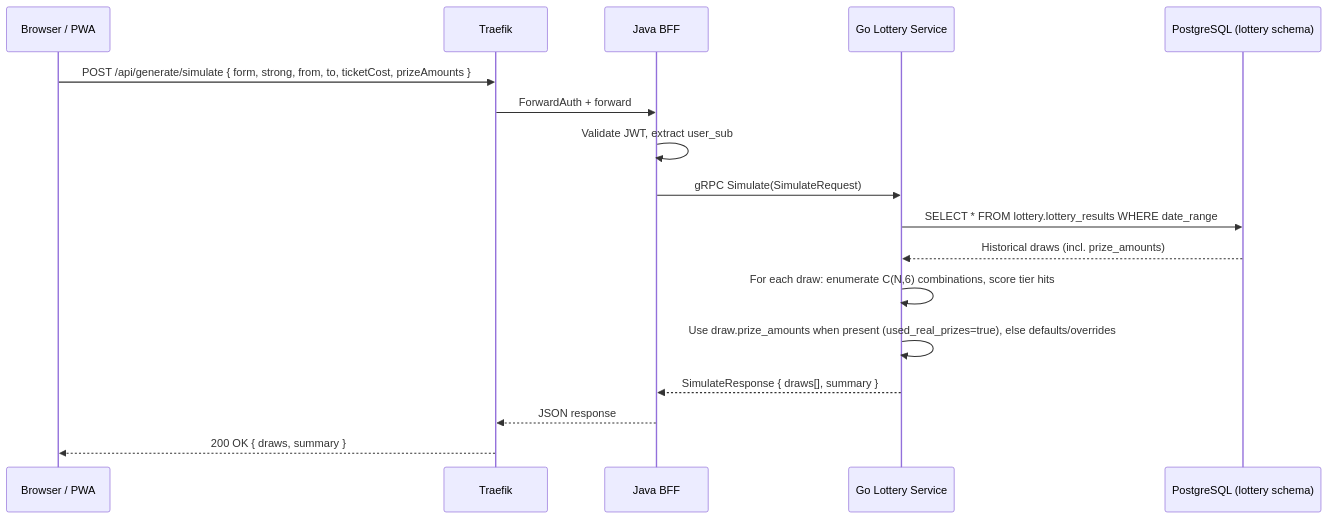
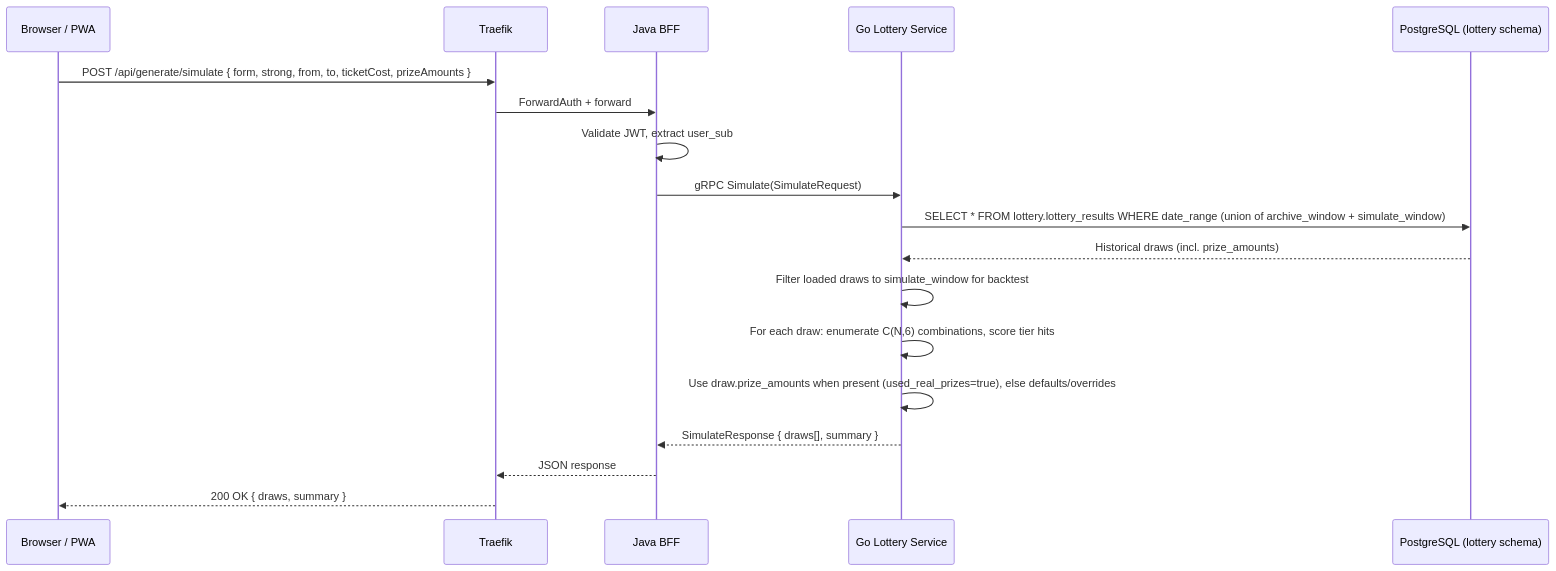
Before and after one commit to lihai1/statistiloto-orchestrator: the seventh of 10 diagrams in docs/FLOWS.md, drawn with Mermaid. The commit also changed other lines of this file and 2 other files, not shown here.

First line of the commit message:
docs: sync scraper queue + prize backfill behavior; bump server, lottery-stats-server

````diff
--- a/docs/FLOWS.md
+++ b/docs/FLOWS.md
@@ -280,20 +282,21 @@
 ```mermaid
 sequenceDiagram
     participant U as Browser / PWA
     participant P as Traefik
     participant J as Java BFF
     participant G as Go Lottery Service
     participant DB as PostgreSQL (lottery schema)
 
     U->>P: POST /api/generate/simulate { form, strong, from, to, ticketCost, prizeAmounts }
     P->>J: ForwardAuth + forward
     J->>J: Validate JWT, extract user_sub
     J->>G: gRPC Simulate(SimulateRequest)
-    G->>DB: SELECT * FROM lottery.lottery_results WHERE date_range
+    G->>DB: SELECT * FROM lottery.lottery_results WHERE date_range (union of archive_window + simulate_window)
     DB-->>G: Historical draws (incl. prize_amounts)
+    G->>G: Filter loaded draws to simulate_window for backtest
     G->>G: For each draw: enumerate C(N,6) combinations, score tier hits
     G->>G: Use draw.prize_amounts when present (used_real_prizes=true), else defaults/overrides
     G-->>J: SimulateResponse { draws[], summary }
     J-->>P: JSON response
     P-->>U: 200 OK { draws, summary }
 ```
````
